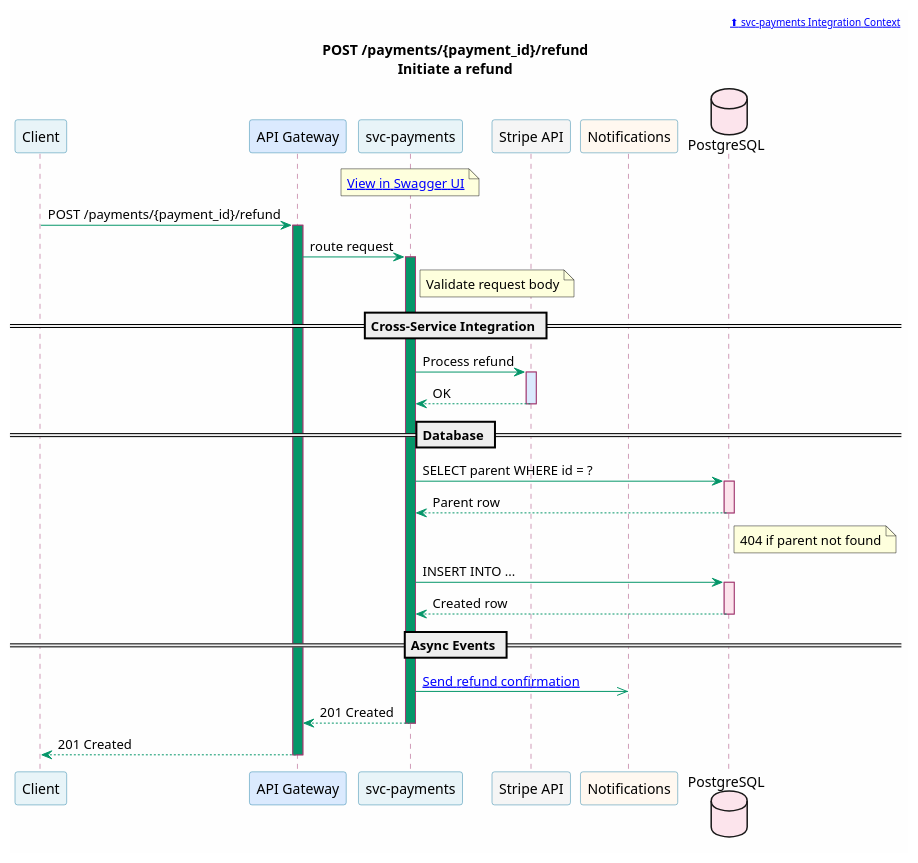
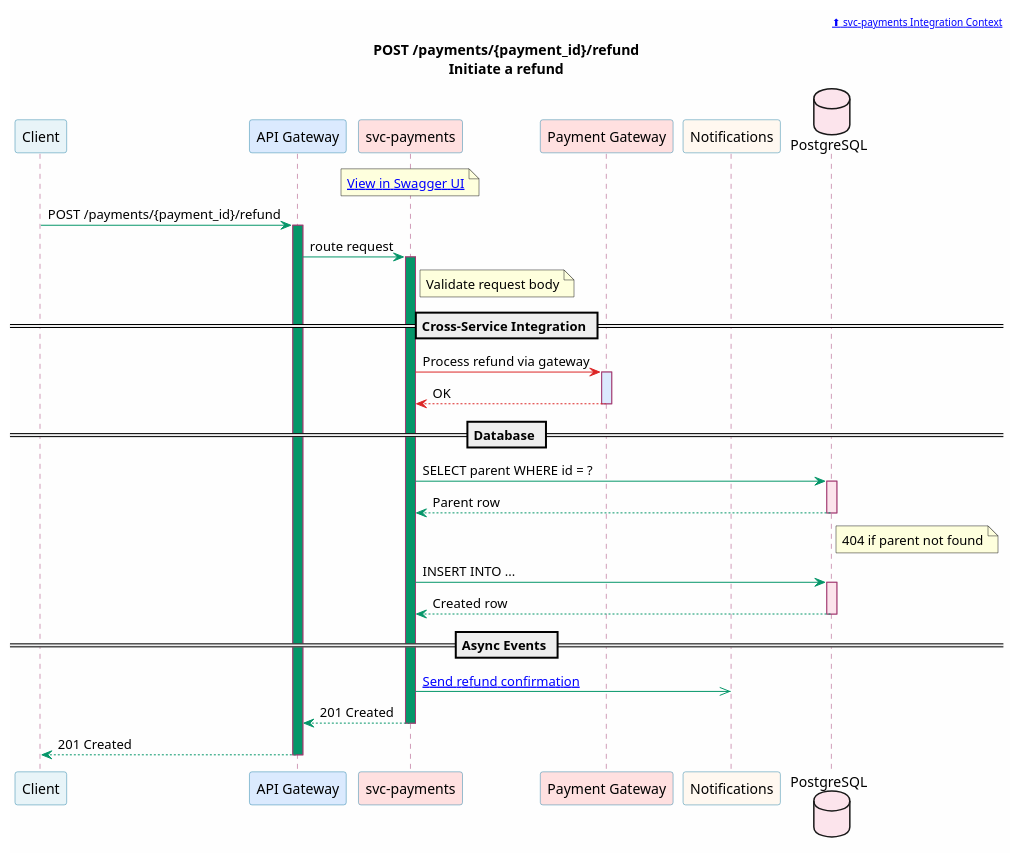
One commit to christopherblaisdell/continuous-architecture-platform-poc changed the diagram in portal/docs/microservices/puml/svc-payments--post-payments-payment_id-refund.puml. Above: the diagram before and after it, drawn with PlantUML. The commit also changed 60 other files, not shown here.

First line of the commit message:
PCI DSS compliance zone with Payment Gateway and red data flow lines

```diff
--- a/portal/docs/microservices/puml/svc-payments--post-payments-payment_id-refund.puml
+++ b/portal/docs/microservices/puml/svc-payments--post-payments-payment_id-refund.puml
@@ -1,68 +1,68 @@
 @startuml svc-payments--post-payments-payment_id-refund
 
 skinparam backgroundColor #FEFEFE
 skinparam shadowing false
 skinparam defaultFontName "Segoe UI"
 skinparam sequence {
     ArrowColor #059669
     ParticipantBorderColor #2E86AB
     ParticipantBackgroundColor #E8F4F8
     LifeLineBorderColor #A23B72
     BoxBorderColor #F18F01
     BoxBackgroundColor #FFF8F0
     NoteBorderColor #c77b30
     NoteBackgroundColor #FEF3E7
 }
 
 header [[/microservices/svc-payments/#integration-context ⬆ svc-payments Integration Context]]
 
 title POST /payments/{payment_id}/refund\nInitiate a refund
 
 participant "Client" as Client [[/applications/]]
 participant "API Gateway" as GW #DBEAFE
-participant "svc-payments" as Svc [[/microservices/svc-payments/]] #E8F4F8
-participant "Stripe API" as ExtPay #F5F5F5
+participant "svc-payments" as Svc [[/microservices/svc-payments/]] #FFE0E0
+participant "Payment Gateway" as PGW #FFE0E0
 participant "Notifications" as Ntfy [[/microservices/svc-notifications/]] #FFF8F0
 database "PostgreSQL" as DB #FCE4EC
 
 note over Svc
   [[/services/api/svc-payments.html#/Refunds/refundPayment View in Swagger UI]]
 end note
 
 Client -> GW : POST /payments/{payment_id}/refund
 activate GW #059669
 GW -> Svc : route request
 activate Svc #059669
 
 note right of Svc : Validate request body
 
 == Cross-Service Integration ==
 
-Svc -> ExtPay : Process refund
-activate ExtPay #DBEAFE
-ExtPay --> Svc : OK
-deactivate ExtPay
+Svc -[#DC2626]> PGW : Process refund via gateway
+activate PGW #DBEAFE
+PGW --[#DC2626]> Svc : OK
+deactivate PGW
 
 == Database ==
 
 Svc -> DB : SELECT parent WHERE id = ?
 activate DB #FCE4EC
 DB --> Svc : Parent row
 deactivate DB
 note right of DB : 404 if parent not found
 
 Svc -> DB : INSERT INTO ...
 activate DB #FCE4EC
 DB --> Svc : Created row
 deactivate DB
 
 == Async Events ==
 
 Svc ->> Ntfy : [[/microservices/svc-notifications/#post-notifications-send-a-notification Send refund confirmation]]
 
 Svc --> GW : 201 Created
 deactivate Svc
 GW --> Client : 201 Created
 deactivate GW
 
 @enduml
```
